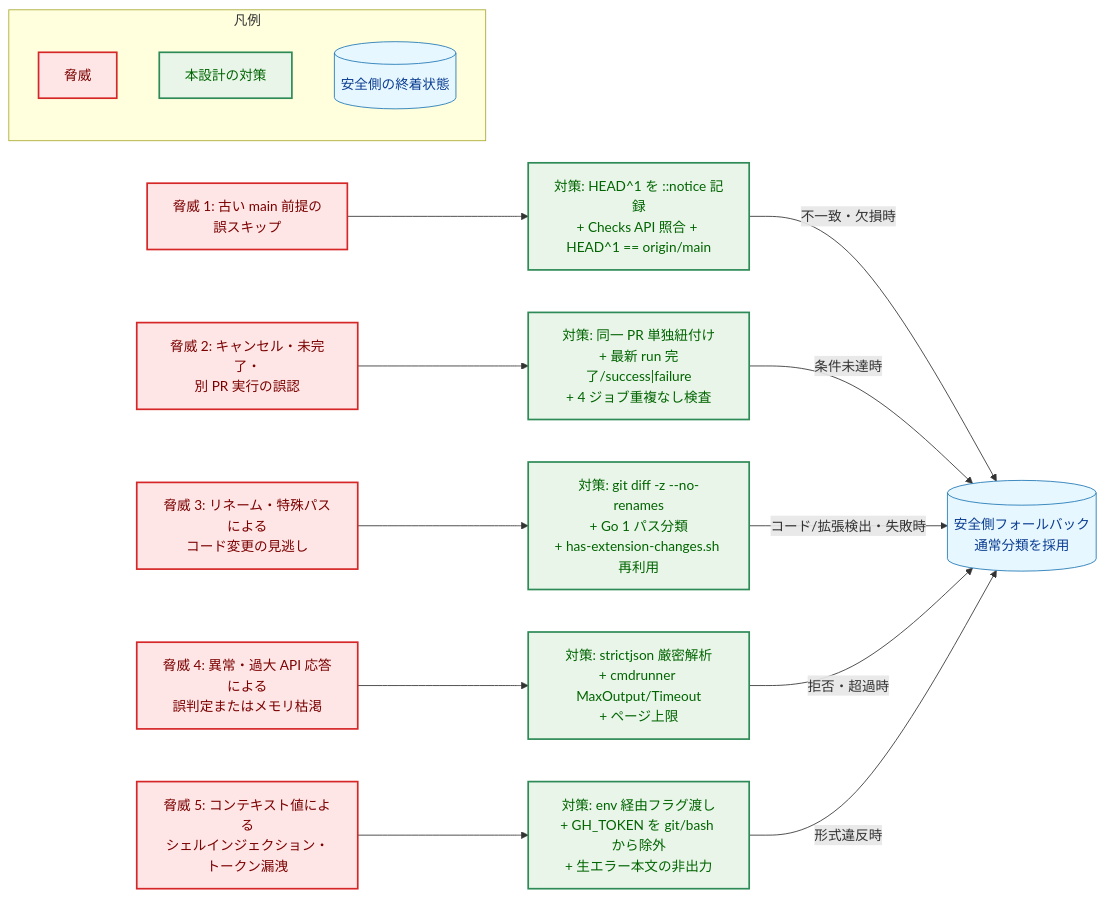
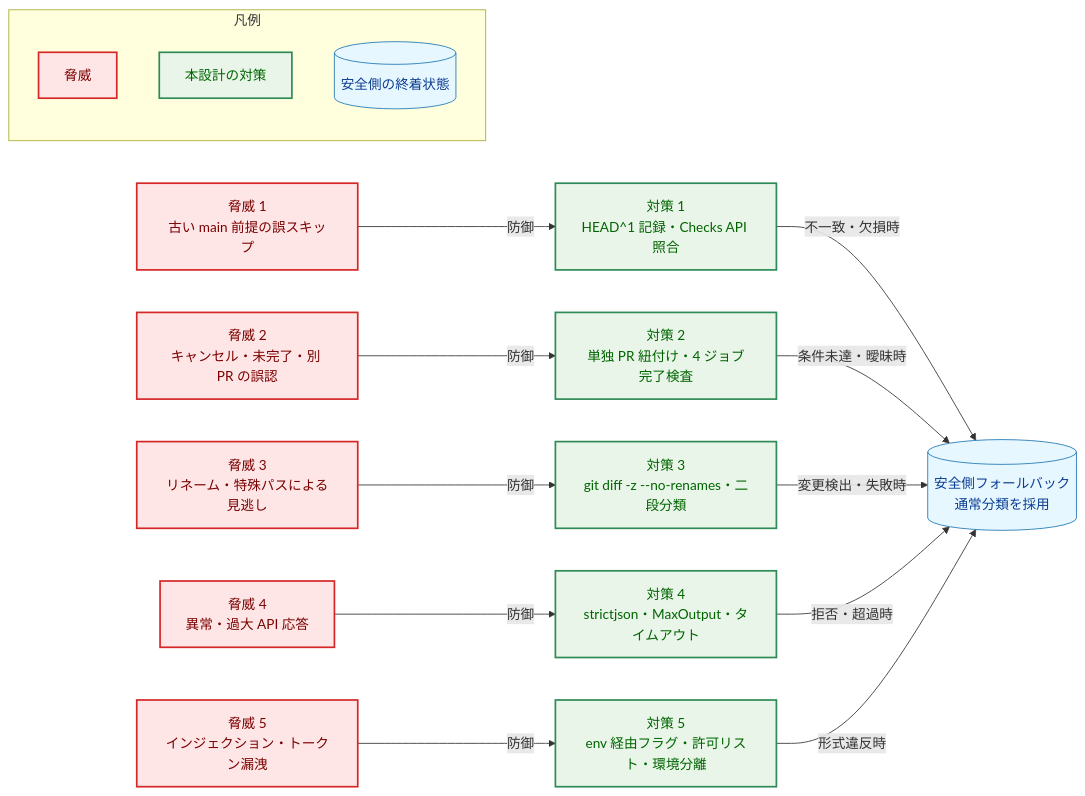
One commit to isseis/yt2column changed the sixth of 8 diagrams in docs/tasks/0119_ci_skip_doc_only_commit/02_architecture.md. Above: the diagram before and after it, drawn with Mermaid. The commit also changed other lines of this file and 3 other files, not shown here.

Commit message:
docs(0119): apply architecture review and Japanese prose fixes

````diff
--- a/docs/tasks/0119_ci_skip_doc_only_commit/02_architecture.md
+++ b/docs/tasks/0119_ci_skip_doc_only_commit/02_architecture.md
@@ -649,43 +665,42 @@
 ```mermaid
 flowchart LR
     classDef data fill:#e6f7ff,stroke:#1f77b4,stroke-width:1px,color:#0b3d91;
-    classDef process fill:#fff1e6,stroke:#ff7f0e,stroke-width:1px,color:#8a3e00;
     classDef enhanced fill:#e8f5e8,stroke:#2e8b57,stroke-width:2px,color:#006400;
     classDef problem fill:#ffe6e6,stroke:#d62728,stroke-width:2px,color:#7b0000;
 
-    T1["脅威 1: 古い main 前提の<br>誤スキップ"]
-    T2["脅威 2: キャンセル・未完了・<br>別 PR 実行の誤認"]
-    T3["脅威 3: リネーム・特殊パスによる<br>コード変更の見逃し"]
-    T4["脅威 4: 異常・過大 API 応答による<br>誤判定またはメモリ枯渇"]
-    T5["脅威 5: コンテキスト値による<br>シェルインジェクション・トークン漏洩"]
+    T1["脅威 1<br>古い main 前提の誤スキップ"]
+    T2["脅威 2<br>キャンセル・未完了・別 PR の誤認"]
+    T3["脅威 3<br>リネーム・特殊パスによる見逃し"]
+    T4["脅威 4<br>異常・過大 API 応答"]
+    T5["脅威 5<br>インジェクション・トークン漏洩"]
 
-    M1["対策: HEAD^1 を ::notice 記録<br>+ Checks API 照合 + HEAD^1 == origin/main"]
-    M2["対策: 同一 PR 単独紐付け<br>+ 最新 run 完了/success|failure<br>+ 4 ジョブ重複なし検査"]
-    M3["対策: git diff -z --no-renames<br>+ Go 1 パス分類<br>+ has-extension-changes.sh 再利用"]
-    M4["対策: strictjson 厳密解析<br>+ cmdrunner MaxOutput/Timeout<br>+ ページ上限"]
-    M5["対策: env 経由フラグ渡し<br>+ GH_TOKEN を git/bash から除外<br>+ 生エラー本文の非出力"]
+    M1["対策 1<br>HEAD^1 記録・Checks API 照合"]
+    M2["対策 2<br>単独 PR 紐付け・4 ジョブ完了検査"]
+    M3["対策 3<br>git diff -z --no-renames・二段分類"]
+    M4["対策 4<br>strictjson・MaxOutput・タイムアウト"]
+    M5["対策 5<br>env 経由フラグ・許可リスト・環境分離"]
 
     SAFE[("安全側フォールバック<br>通常分類を採用")]
 
-    T1 --> M1
-    T2 --> M2
-    T3 --> M3
-    T4 --> M4
-    T5 --> M5
+    T1 -->|"防御"| M1
+    T2 -->|"防御"| M2
+    T3 -->|"防御"| M3
+    T4 -->|"防御"| M4
+    T5 -->|"防御"| M5
 
     M1 -->|"不一致・欠損時"| SAFE
-    M2 -->|"条件未達時"| SAFE
-    M3 -->|"コード/拡張検出・失敗時"| SAFE
+    M2 -->|"条件未達・曖昧時"| SAFE
+    M3 -->|"変更検出・失敗時"| SAFE
     M4 -->|"拒否・超過時"| SAFE
     M5 -->|"形式違反時"| SAFE
 
     subgraph Legend["凡例"]
         L1["脅威"]
         L2["本設計の対策"]
         L3[("安全側の終着状態")]
     end
 
     class T1,T2,T3,T4,T5,L1 problem
     class M1,M2,M3,M4,M5,L2 enhanced
     class SAFE,L3 data
 ```
````
